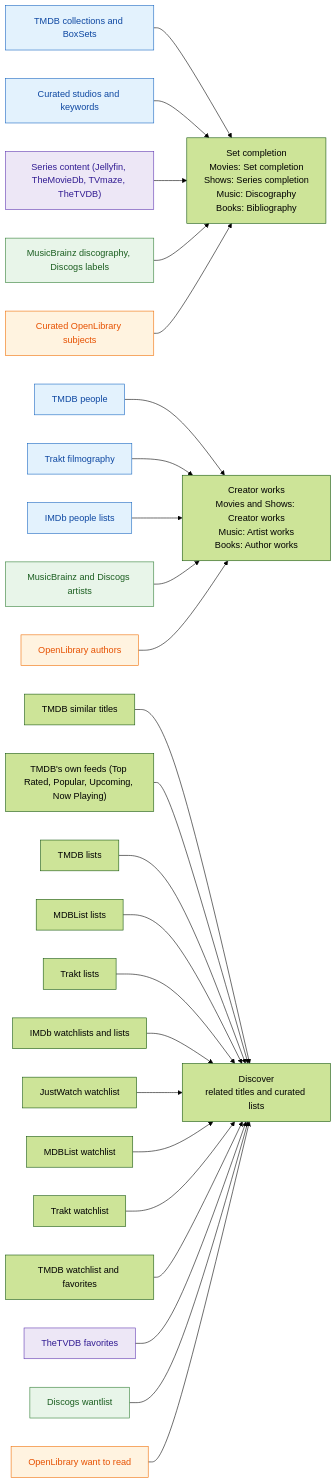
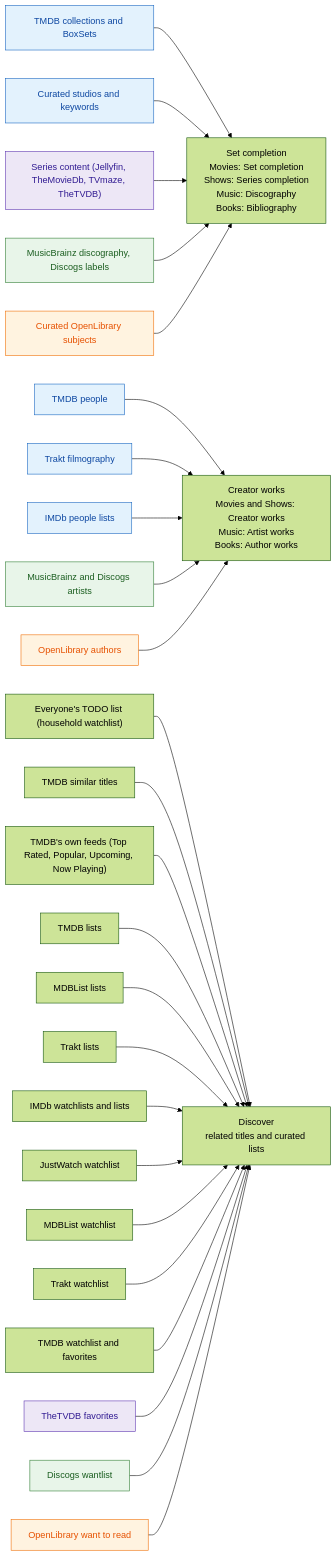
Before and after one commit to IDisposable/jellyfin-plugin-mindthegaps: the diagram in README.md, drawn with Mermaid (forest theme). The commit also changed other lines of this file and 16 other files, not shown here.

First line of the commit message:
Add Everyone's watchlist: the household TODO list as a Discover source

````diff
--- a/README.md
+++ b/README.md
@@ -52,37 +52,38 @@
 ```mermaid
 flowchart LR
     classDef movies fill:#e3f2fd,stroke:#1565c0,color:#0d47a1;
     classDef shows fill:#ede7f6,stroke:#5e35b1,color:#311b92;
     classDef music fill:#e8f5e9,stroke:#2e7d32,color:#1b5e20;
     classDef books fill:#fff3e0,stroke:#ef6c00,color:#e65100;
 
     col["TMDB collections and BoxSets"]:::movies --> SET
     cur["Curated studios and keywords"]:::movies --> SET
     ser["Series content (Jellyfin, TheMovieDb, TVmaze, TheTVDB)"]:::shows --> SET
     mbd["MusicBrainz discography, Discogs labels"]:::music --> SET
     cbs["Curated OpenLibrary subjects"]:::books --> SET
 
     ppl["TMDB people"]:::movies --> CRE
     trk["Trakt filmography"]:::movies --> CRE
     ipl["IMDb people lists"]:::movies --> CRE
     art["MusicBrainz and Discogs artists"]:::music --> CRE
     aut["OpenLibrary authors"]:::books --> CRE
 
+    etw["Everyone's TODO list (household watchlist)"] --> DIS
     sim["TMDB similar titles"] --> DIS
     tdf["TMDB's own feeds (Top Rated, Popular, Upcoming, Now Playing)"] --> DIS
     tli["TMDB lists"] --> DIS
     mli["MDBList lists"] --> DIS
     trl["Trakt lists"] --> DIS
     ili["IMDb watchlists and lists"] --> DIS
     jwl["JustWatch watchlist"] --> DIS
     mwl["MDBList watchlist"] --> DIS
     twl["Trakt watchlist"] --> DIS
     tmw["TMDB watchlist and favorites"] --> DIS
     tvf["TheTVDB favorites"]:::shows --> DIS
     dwl["Discogs wantlist"]:::music --> DIS
     owl["OpenLibrary want to read"]:::books --> DIS
 
     SET["Set completion<br/>Movies: Set completion<br/>Shows: Series completion<br/>Music: Discography<br/>Books: Bibliography"]
     CRE["Creator works<br/>Movies and Shows: Creator works<br/>Music: Artist works<br/>Books: Author works"]
     DIS["Discover<br/>related titles and curated lists"]
 ```
````
